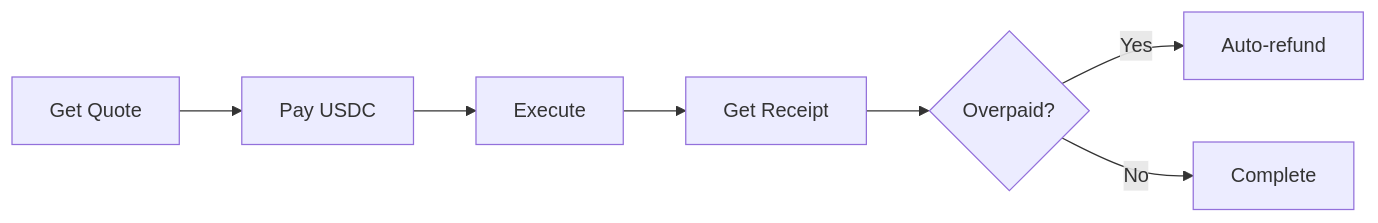
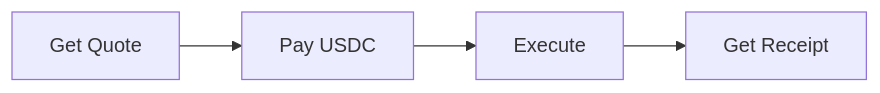
The diagram in billing/overview.mdx (ASGCompute/asg-docs-public), drawn with Mermaid before and after one commit. The commit also changed other lines of this file and 14 other files, not shown here.

````diff
--- a/billing/overview.mdx
+++ b/billing/overview.mdx
@@ -12,9 +12,6 @@
 ```mermaid
 flowchart LR
     Quote[Get Quote] --> Pay[Pay USDC]
     Pay --> Execute[Execute]
     Execute --> Receipt[Get Receipt]
-    Receipt --> Refund{Overpaid?}
-    Refund -->|Yes| Credit[Auto-refund]
-    Refund -->|No| Done[Complete]
 ```
````
